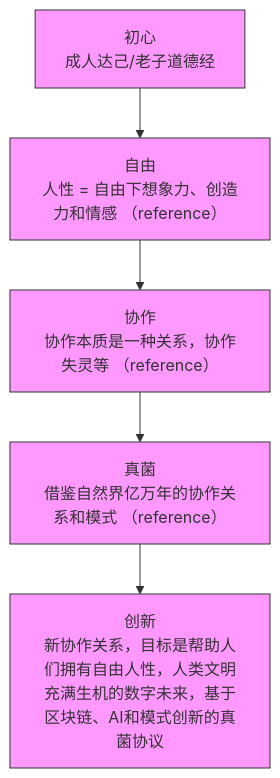
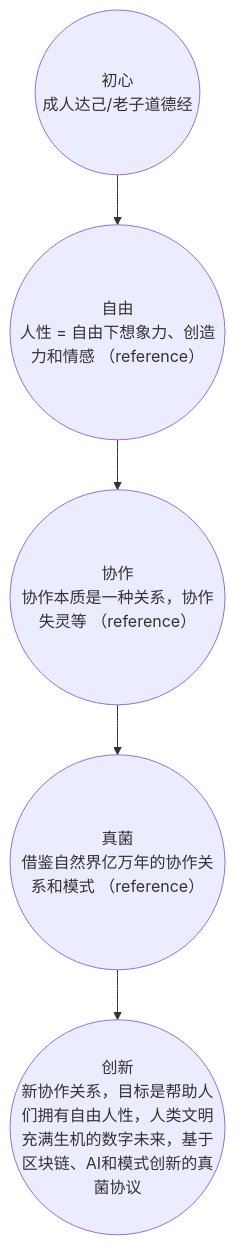
One commit to AAStarCommunity/AAStar-Infra-Docs changed the first of 2 diagrams in protocol/Roadmap.md. Above: the diagram before and after it, drawn with Mermaid. The commit also changed other lines of this file, not shown here.

Commit message:
circle fix

````diff
--- a/protocol/Roadmap.md
+++ b/protocol/Roadmap.md
@@ -24,9 +24,7 @@
 ```mermaid
 flowchart TD
-    A[初心<br>成人达己/老子道德经] --> B[自由<br>人性 = 自由下想象力、创造力和情感 （reference）]
-    B --> C[协作<br>协作本质是一种关系，协作失灵等 （reference）]
-    C --> D[真菌<br>借鉴自然界亿万年的协作关系和模式 （reference）]
-    D --> E[创新<br>新协作关系，目标是帮助人们拥有自由人性，人类文明充满生机的数字未来，基于区块链、AI和模式创新的真菌协议]
-    classDef circle fill:#f9f,stroke:#333,stroke - width:2px,border - radius:50%;
-    class A,B,C,D,E circle
+    A((初心<br>成人达己/老子道德经)) --> B((自由<br>人性 = 自由下想象力、创造力和情感 （reference）))
+    B --> C((协作<br>协作本质是一种关系，协作失灵等 （reference）))
+    C --> D((真菌<br>借鉴自然界亿万年的协作关系和模式 （reference）))
+    D --> E((创新<br>新协作关系，目标是帮助人们拥有自由人性，人类文明充满生机的数字未来，基于区块链、AI和模式创新的真菌协议))
 ```    
````
